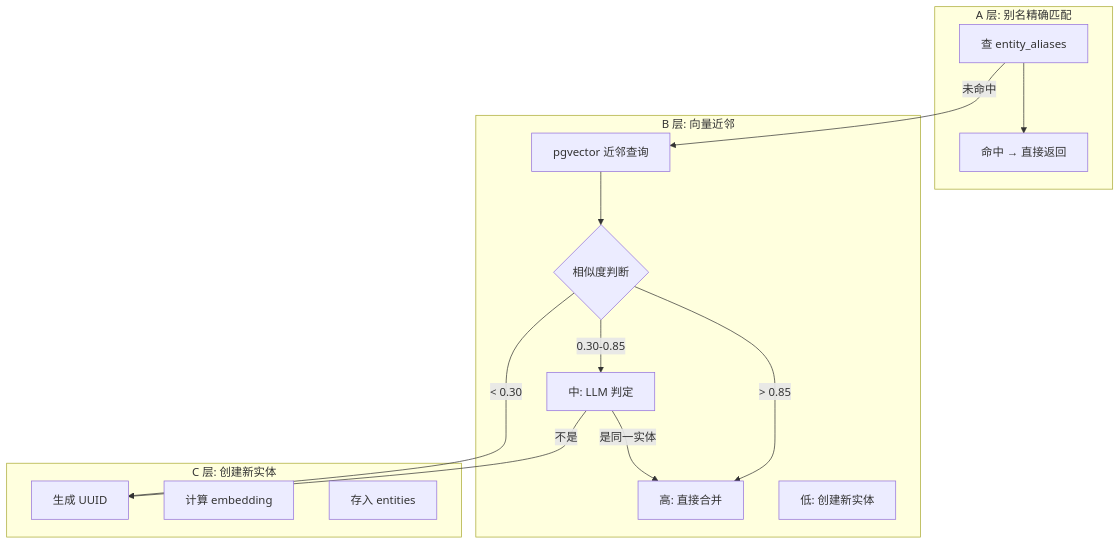
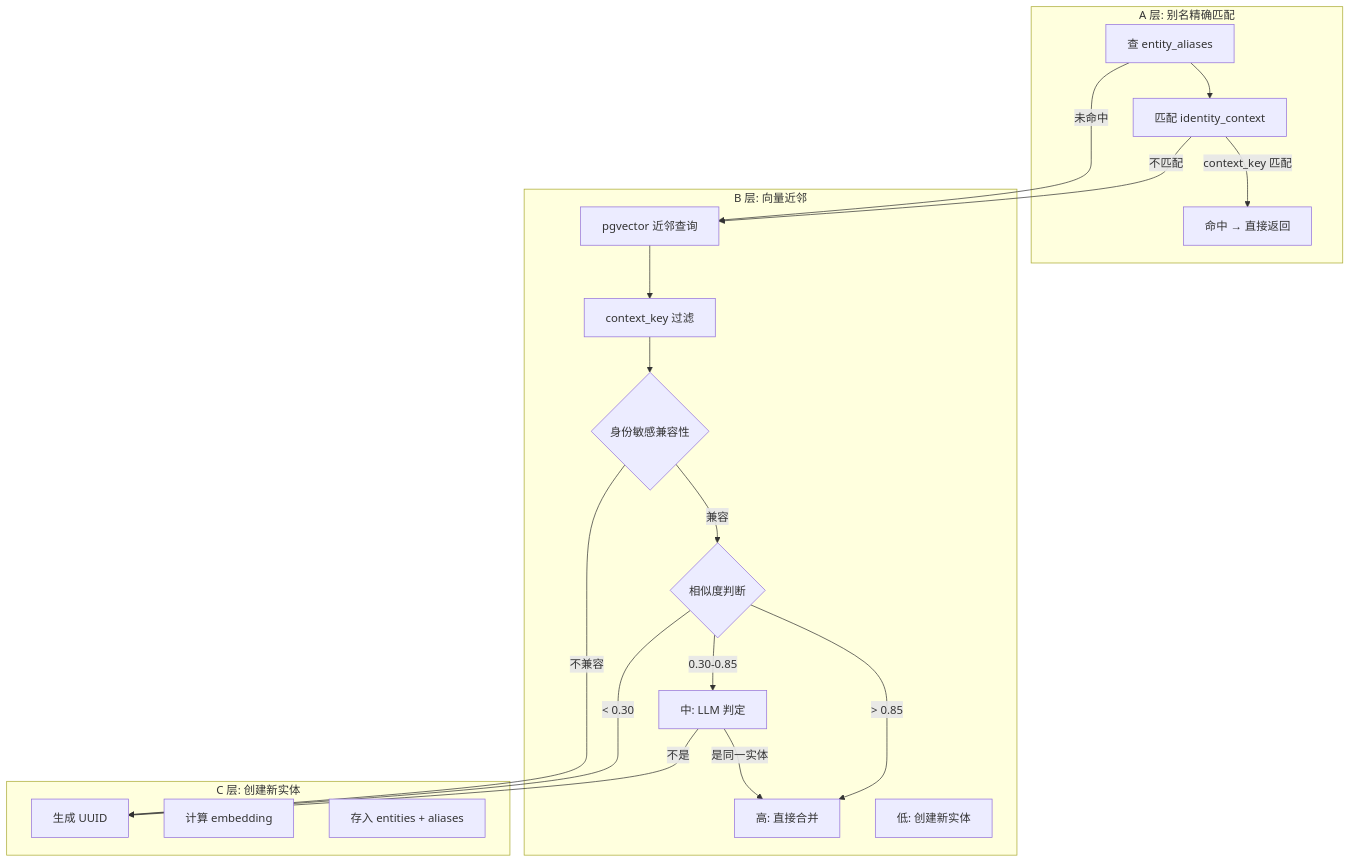
Before and after one commit to pty819/cortex-py-book: the first of 2 diagrams in source/chapters/05-entity-linking.md, drawn with Mermaid. The commit also changed other lines of this file and 18 other files, not shown here.

First line of the commit message:
docs: refresh book with latest cortex-py architecture

````diff
--- a/source/chapters/05-entity-linking.md
+++ b/source/chapters/05-entity-linking.md
@@ -7,30 +7,38 @@
 ```{mermaid}
 graph TB
     subgraph "A 层: 别名精确匹配"
         A1[查 entity_aliases]
-        A2[命中 → 直接返回]
+        A2[匹配 identity_context]
+        A3[命中 → 直接返回]
     end
     
     subgraph "B 层: 向量近邻"
         B1[pgvector 近邻查询]
-        B2{相似度判断}
-        B3[高: 直接合并]
-        B4[中: LLM 判定]
-        B5[低: 创建新实体]
+        B2[context_key 过滤]
+        B3{身份敏感兼容性}
+        B4{相似度判断}
+        B5[高: 直接合并]
+        B6[中: LLM 判定]
+        B7[低: 创建新实体]
     end
     
     subgraph "C 层: 创建新实体"
         C1[生成 UUID]
         C2[计算 embedding]
-        C3[存入 entities]
+        C3[存入 entities + aliases]
     end
     
     A1 --> A2
+    A2 -->|context_key 匹配| A3
+    A2 -->|不匹配| B1
     A1 -->|未命中| B1
     B1 --> B2
-    B2 -->|> 0.85| B3
-    B2 -->|0.30-0.85| B4
-    B2 -->|< 0.30| C1
-    B4 -->|是同一实体| B3
-    B4 -->|不是| C1
+    B2 --> B3
+    B3 -->|兼容| B4
+    B3 -->|不兼容| C1
+    B4 -->|> 0.85| B5
+    B4 -->|0.30-0.85| B6
+    B4 -->|< 0.30| C1
+    B6 -->|是同一实体| B5
+    B6 -->|不是| C1
 ```
````
